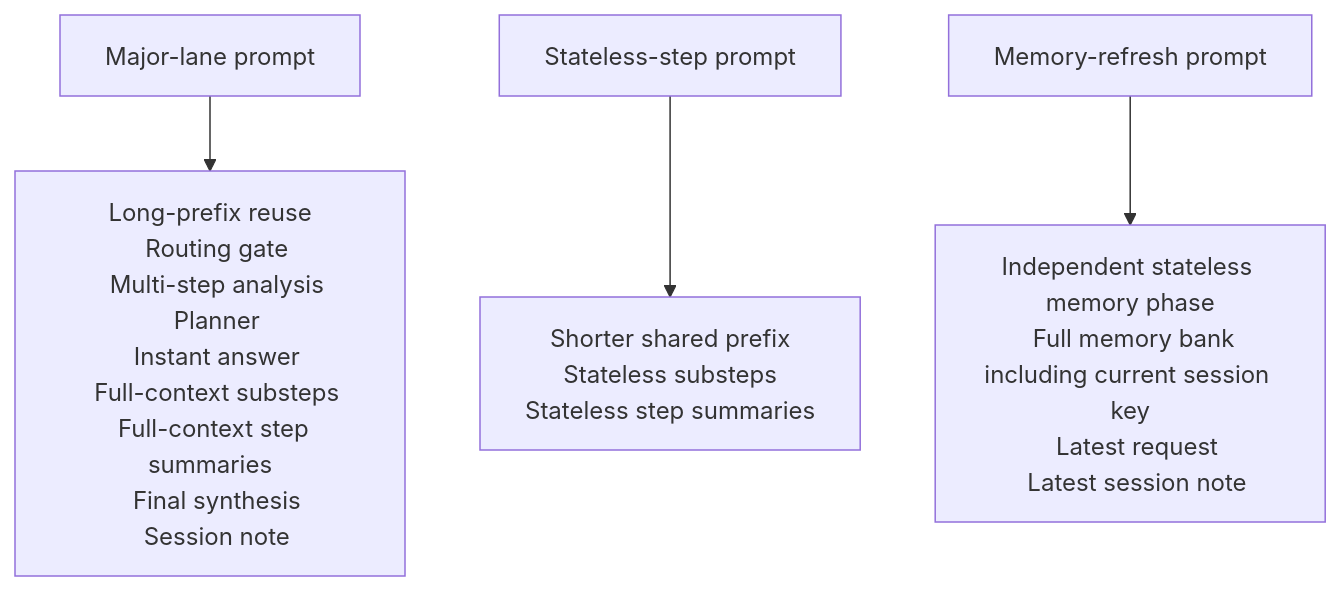
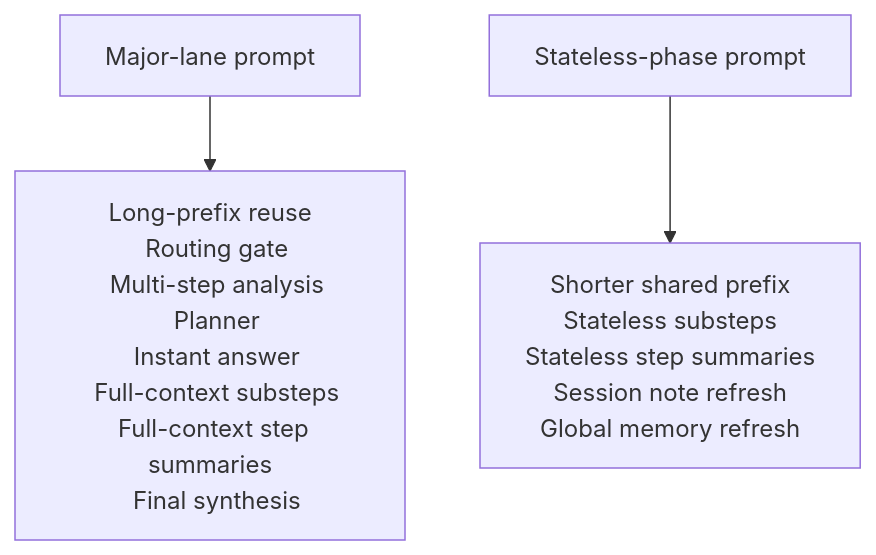
One commit to Eason023/chat-studio changed the third of 3 diagrams in README.md. Above: the diagram before and after it, drawn with Mermaid. The commit also changed other lines of this file and 1 other file, not shown here.

Commit message:
perf: unify stateless prompt shapes for session and memory refresh

````diff
--- a/README.md
+++ b/README.md
@@ -349,21 +359,17 @@
 ```mermaid
 flowchart TD
   A["Major-lane prompt"] --> B["Long-prefix reuse
   Routing gate
   Multi-step analysis
   Planner
   Instant answer
   Full-context substeps
   Full-context step summaries
-  Final synthesis
-  Session note"]
+  Final synthesis"]
 
-  C["Stateless-step prompt"] --> D["Shorter shared prefix
+  C["Stateless-phase prompt"] --> D["Shorter shared prefix
   Stateless substeps
-  Stateless step summaries"]
-
-  E["Memory-refresh prompt"] --> F["Independent stateless memory phase
-  Full memory bank including current session key
-  Latest request
-  Latest session note"]
+  Stateless step summaries
+  Session note refresh
+  Global memory refresh"]
 ```
````
